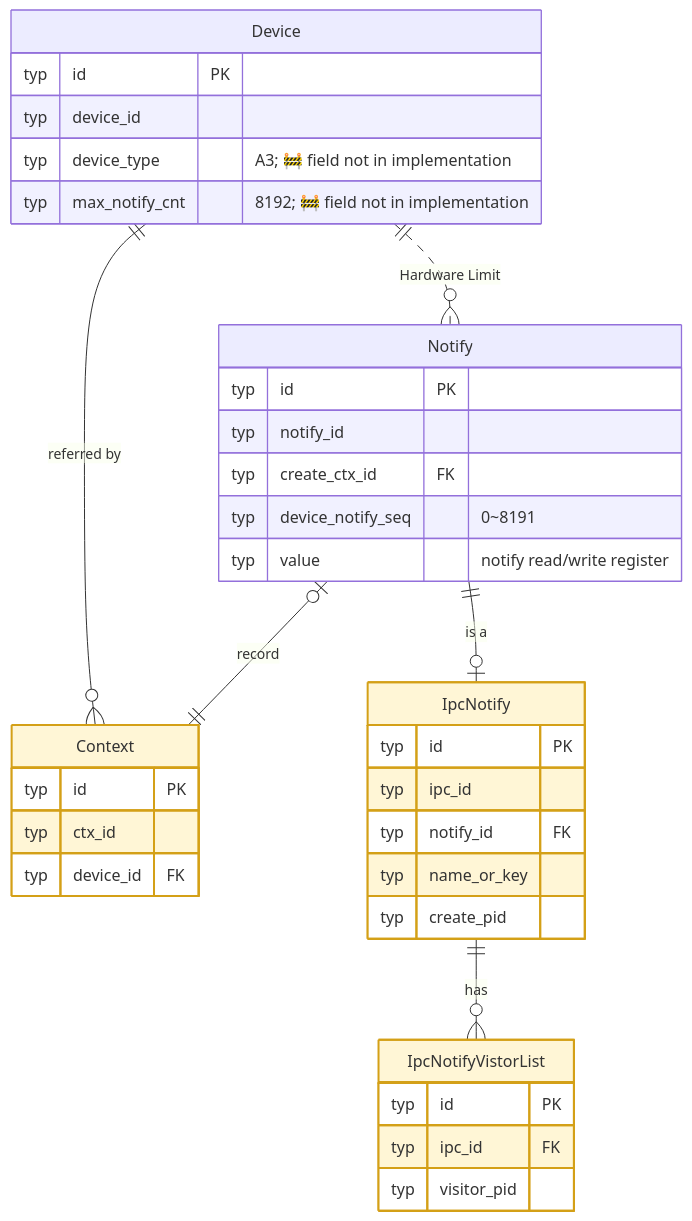
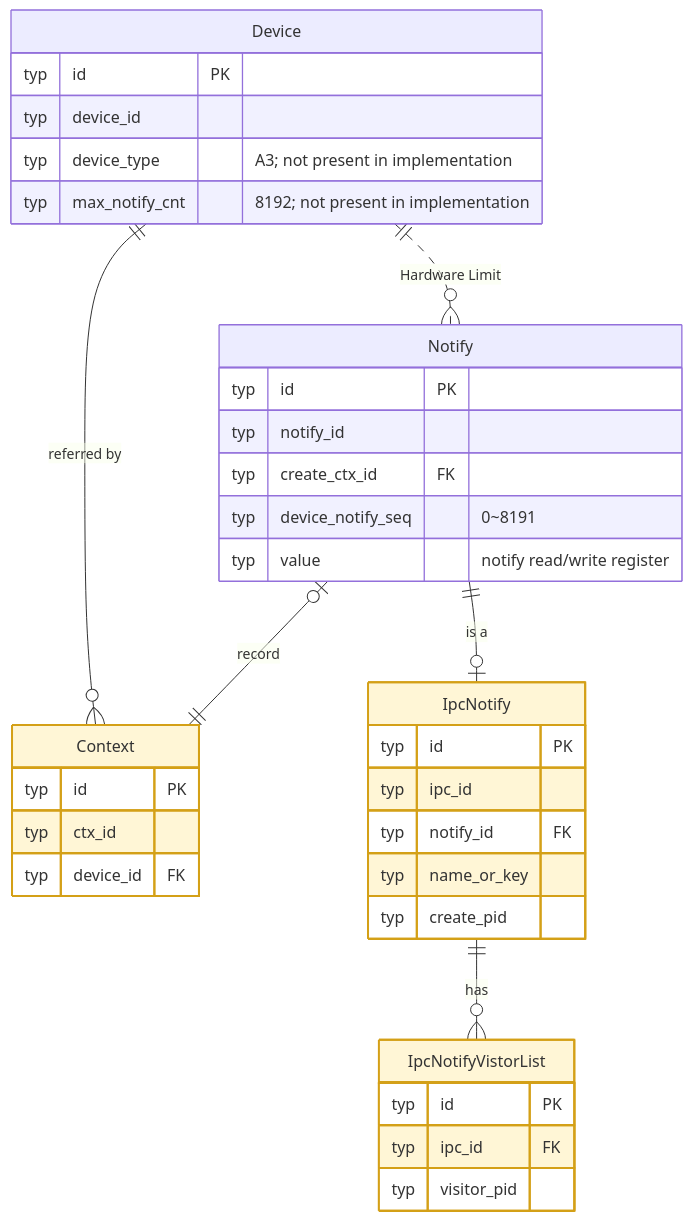
The eighth of 19 diagrams in test/hccl_vm/docs/simulator_runner_data_model_en.md (Atlas-Ascend-Fork/hcomm), drawn with Mermaid before and after one commit. The commit also changed other lines of this file and 171 other files, not shown here.

````diff
--- a/test/hccl_vm/docs/simulator_runner_data_model_en.md
+++ b/test/hccl_vm/docs/simulator_runner_data_model_en.md
@@ -717,46 +741,46 @@
 ```mermaid
 erDiagram
-    %% 🧠 Process-private candidates: Context / IpcNotify / IpcNotifyVistorList (only src/proxy accesses)
+    %% Process-private candidates: Context / IpcNotify / IpcNotifyVistorList (accessed only by src/proxy)
     Device ||..o{ Notify : "Hardware Limit"
     Device ||--o{ Context : "referred by"
     Device {
         typ id PK
         typ device_id
-        typ device_type "A3; 🚧 field not in implementation"
-        typ max_notify_cnt "8192; 🚧 field not in implementation"
+        typ device_type "A3; not present in implementation"
+        typ max_notify_cnt "8192; not present in implementation"
     }
     Context {
         typ id PK
         typ ctx_id
         typ device_id FK
     }
 
-    %% IpcNotify: IPC shared notification from same source as Notify, not separately modeled in implementation
+    %% IpcNotify: IPC-shared notification with the same source as Notify; not modeled separately in the implementation
     Notify o|--|| Context : "record"
     Notify {
         typ id PK
         typ notify_id
         typ create_ctx_id FK
         typ device_notify_seq "0~8191"
         typ value "notify read/write register"
     }
 
     IpcNotify {
         typ id PK
         typ ipc_id
         typ notify_id FK
         typ name_or_key
         typ create_pid
     }
 
     Notify ||--o| IpcNotify : "is a"
     IpcNotify ||--o{ IpcNotifyVistorList : "has"
     IpcNotifyVistorList {
         typ id PK
         typ ipc_id FK
         typ visitor_pid
     }
 
     classDef inproc fill:#fff6d6,stroke:#d4a017,stroke-width:2px
     class Context,IpcNotify,IpcNotifyVistorList inproc
 ```
````
